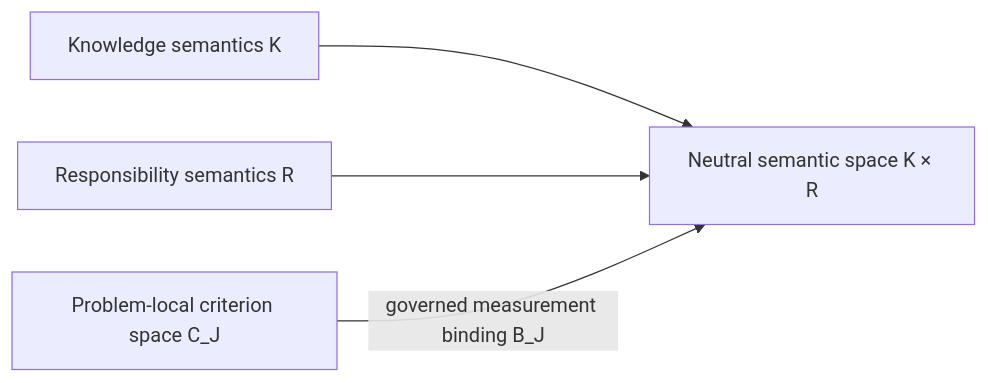
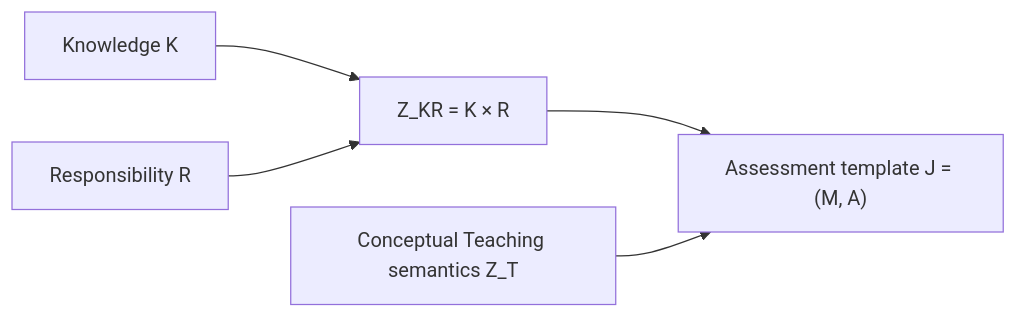
The first of 7 diagrams in content/architecture.md (thatao72/three-twin-docs), drawn with Mermaid before and after one commit. The commit also changed other lines of this file, not shown here.

Commit message:
Rewrite architecture overview for current mathematical model

````diff
--- a/content/architecture.md
+++ b/content/architecture.md
@@ -128,11 +132,13 @@
 ```mermaid
 flowchart LR
-    K["Knowledge semantics K"]
-    R["Responsibility semantics R"]
-    KR["Neutral semantic space K × R"]
-    CJ["Problem-local criterion space C_J"]
+    K["Knowledge K"]
+    R["Responsibility R"]
+    KR["Z_KR = K × R"]
+    T["Conceptual Teaching semantics Z_T"]
+    J["Assessment template J = (M, A)"]
 
     K --> KR
     R --> KR
-    CJ -->|"governed measurement binding B_J"| KR
+    KR --> J
+    T --> J
 ```
````
